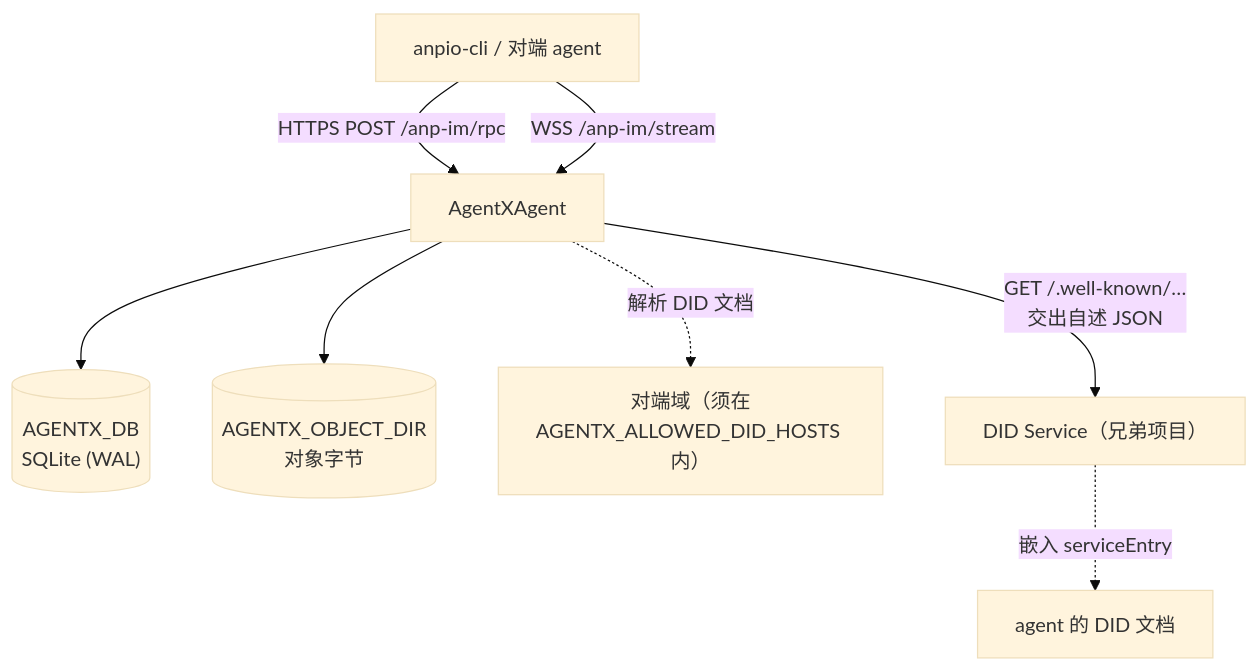
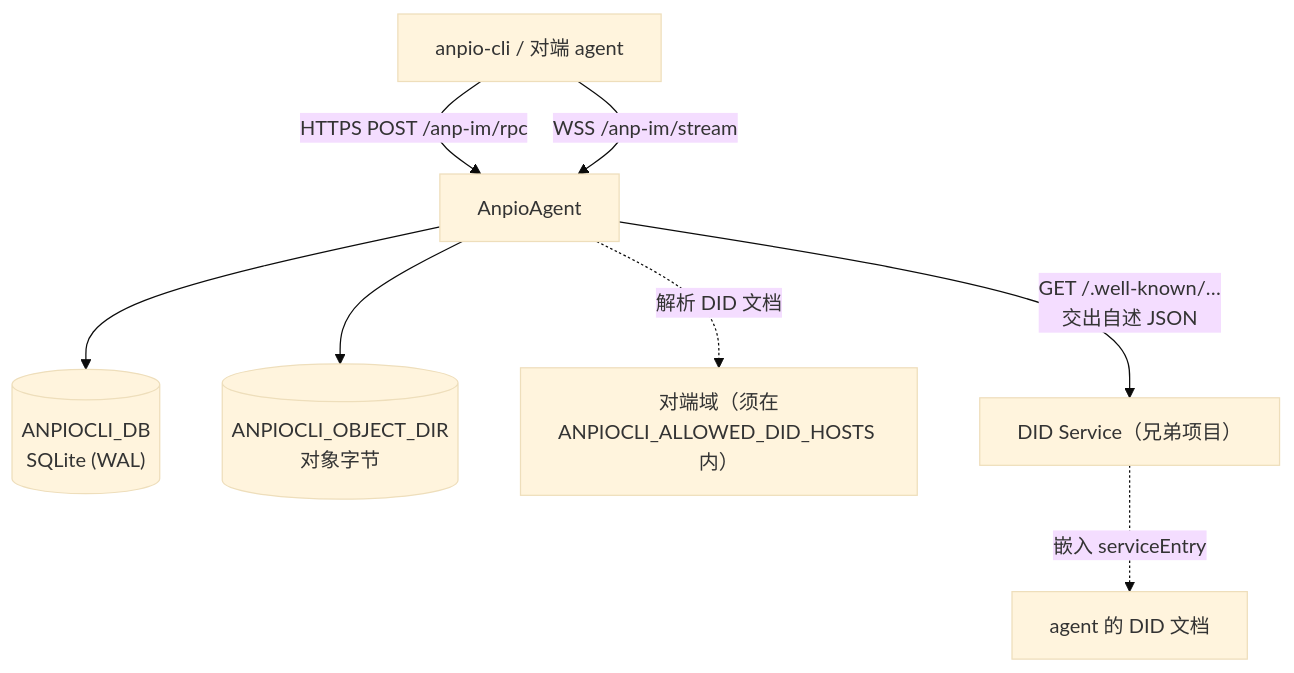
The diagram in vercel/guide/deploy.md (eccstartup/anpio-cli), drawn with Mermaid (base theme) before and after one commit. The commit also changed other lines of this file and 140 other files, not shown here.

First line of the commit message:
refactor: the project is anpio-cli

````diff
--- a/vercel/guide/deploy.md
+++ b/vercel/guide/deploy.md
@@ -18,10 +18,10 @@
 ```mermaid
 graph TD
-  Client["anpio-cli / 对端 agent"] -->|"HTTPS POST /anp-im/rpc"| SVC["AgentXAgent"]
+  Client["anpio-cli / 对端 agent"] -->|"HTTPS POST /anp-im/rpc"| SVC["AnpioAgent"]
   Client -->|"WSS /anp-im/stream"| SVC
-  SVC --> DB[("AGENTX_DB<br/>SQLite (WAL)")]
-  SVC --> OBJ[("AGENTX_OBJECT_DIR<br/>对象字节")]
-  SVC -. "解析 DID 文档" .-> DID["对端域（须在<br/>AGENTX_ALLOWED_DID_HOSTS 内）"]
+  SVC --> DB[("ANPIOCLI_DB<br/>SQLite (WAL)")]
+  SVC --> OBJ[("ANPIOCLI_OBJECT_DIR<br/>对象字节")]
+  SVC -. "解析 DID 文档" .-> DID["对端域（须在<br/>ANPIOCLI_ALLOWED_DID_HOSTS 内）"]
   DIDService["DID Service（兄弟项目）"] -. "嵌入 serviceEntry" .-> DOC["agent 的 DID 文档"]
   SVC -->|"GET /.well-known/…<br/>交出自述 JSON"| DIDService
 ```
````
